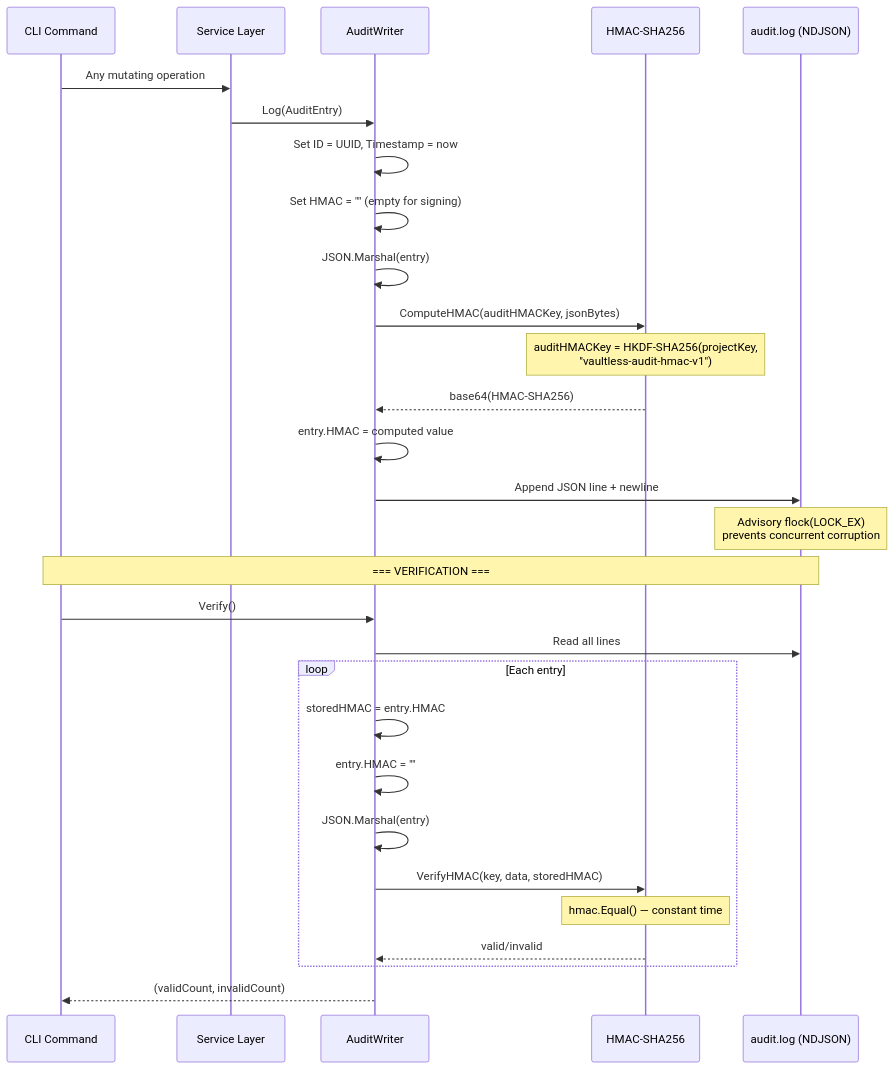
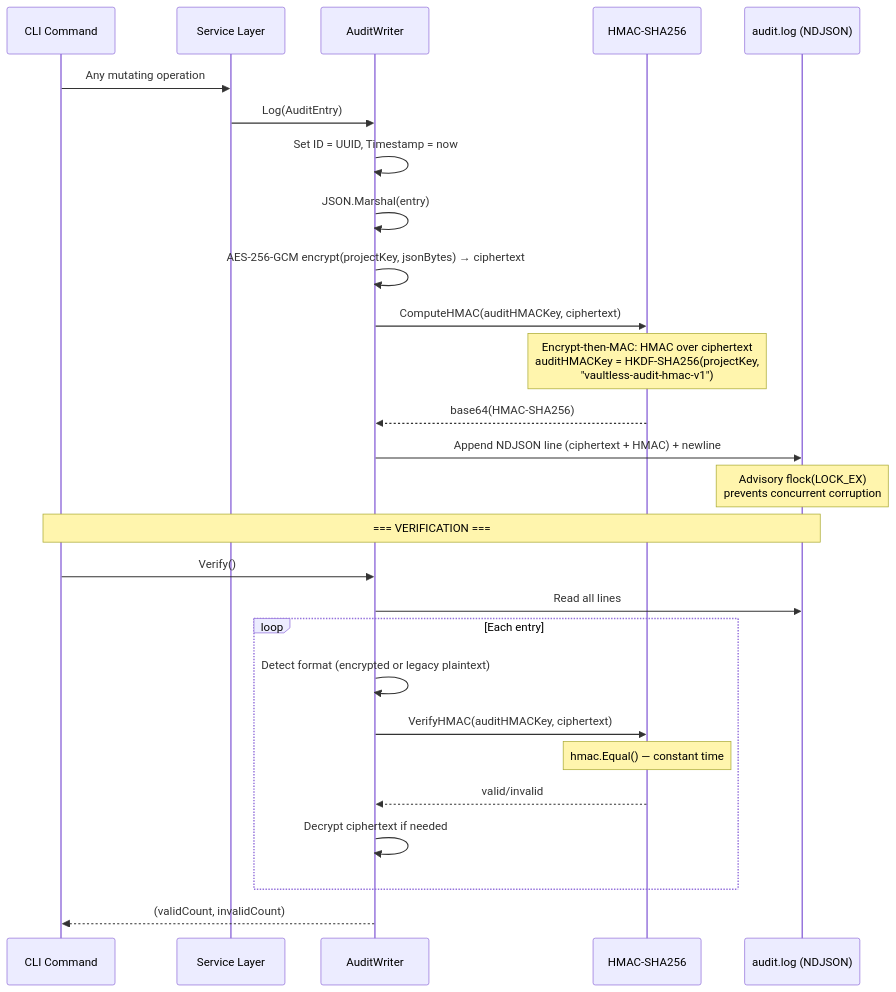
The sixth of 8 diagrams in ARCHITECTURE.md (ShravanthReddy/Vaultless), drawn with Mermaid before and after one commit. The commit also changed other lines of this file and 20 other files, not shown here.

````diff
--- a/ARCHITECTURE.md
+++ b/ARCHITECTURE.md
@@ -306,33 +312,31 @@
 ```mermaid
 sequenceDiagram
     participant Cmd as CLI Command
     participant Svc as Service Layer
     participant AW as AuditWriter
     participant HMAC as HMAC-SHA256
     participant File as audit.log (NDJSON)
 
     Cmd->>Svc: Any mutating operation
     Svc->>AW: Log(AuditEntry)
     AW->>AW: Set ID = UUID, Timestamp = now
-    AW->>AW: Set HMAC = "" (empty for signing)
     AW->>AW: JSON.Marshal(entry)
-    AW->>HMAC: ComputeHMAC(auditHMACKey, jsonBytes)
-    Note over HMAC: auditHMACKey = HKDF-SHA256(projectKey,<br/>"vaultless-audit-hmac-v1")
+    AW->>AW: AES-256-GCM encrypt(projectKey, jsonBytes) → ciphertext
+    AW->>HMAC: ComputeHMAC(auditHMACKey, ciphertext)
+    Note over HMAC: Encrypt-then-MAC: HMAC over ciphertext<br/>auditHMACKey = HKDF-SHA256(projectKey,<br/>"vaultless-audit-hmac-v1")
     HMAC-->>AW: base64(HMAC-SHA256)
-    AW->>AW: entry.HMAC = computed value
-    AW->>File: Append JSON line + newline
+    AW->>File: Append NDJSON line (ciphertext + HMAC) + newline
     Note over File: Advisory flock(LOCK_EX)<br/>prevents concurrent corruption
 
     Note over Cmd,File: === VERIFICATION ===
     Cmd->>AW: Verify()
     AW->>File: Read all lines
     loop Each entry
-        AW->>AW: storedHMAC = entry.HMAC
-        AW->>AW: entry.HMAC = ""
-        AW->>AW: JSON.Marshal(entry)
-        AW->>HMAC: VerifyHMAC(key, data, storedHMAC)
+        AW->>AW: Detect format (encrypted or legacy plaintext)
+        AW->>HMAC: VerifyHMAC(auditHMACKey, ciphertext)
         Note over HMAC: hmac.Equal() — constant time
         HMAC-->>AW: valid/invalid
+        AW->>AW: Decrypt ciphertext if needed
     end
     AW-->>Cmd: (validCount, invalidCount)
 ```
````
